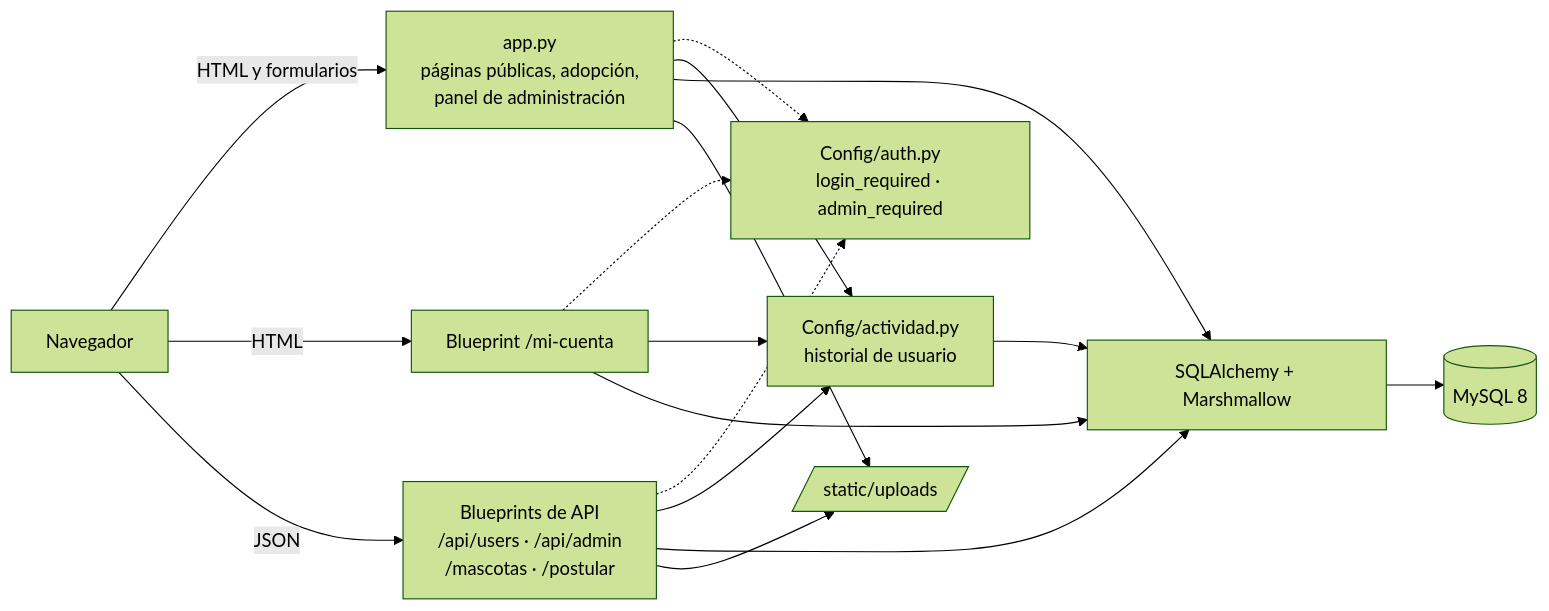
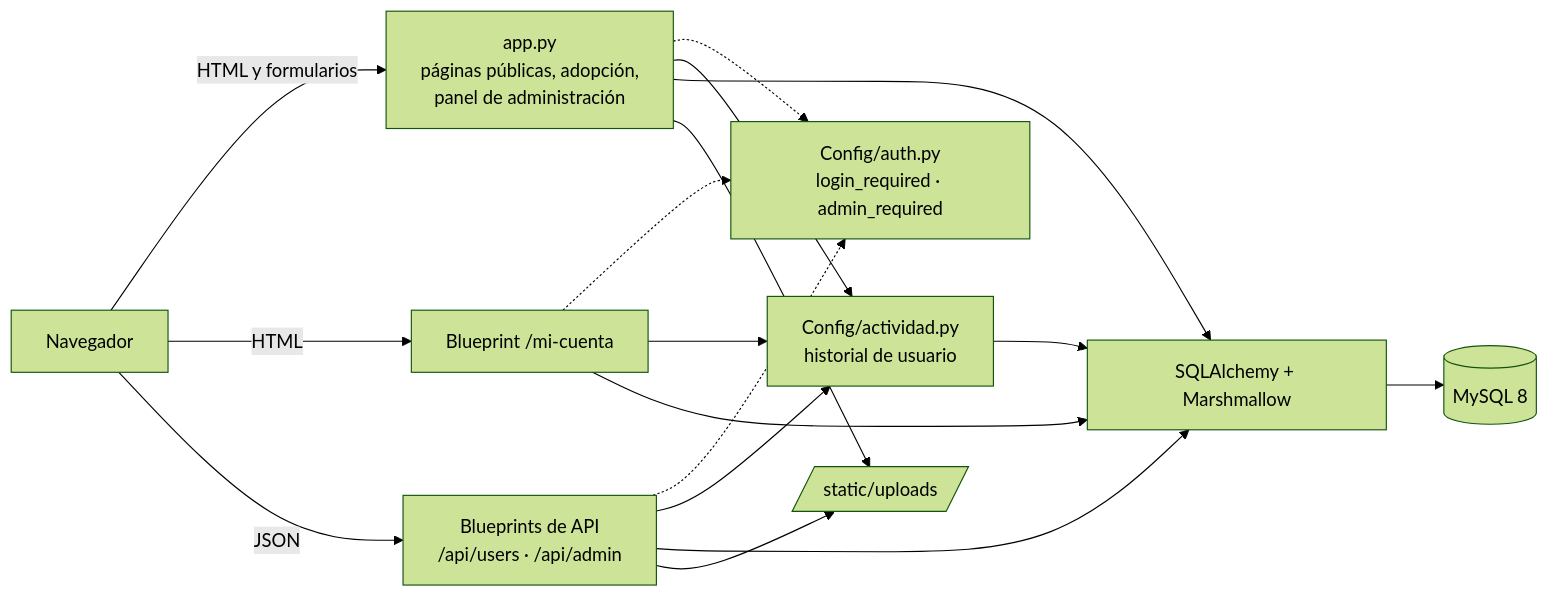
The first of 2 diagrams in README.md (IngGMunoz/Adopt-Me-Now), drawn with Mermaid (forest theme) before and after one commit. The commit also changed other lines of this file and 14 other files, not shown here.

````diff
--- a/README.md
+++ b/README.md
@@ -83,12 +83,12 @@
 ```mermaid
 flowchart LR
     U[Navegador] -->|HTML y formularios| P[app.py<br/>páginas públicas, adopción,<br/>panel de administración]
     U -->|HTML| C[Blueprint /mi-cuenta]
-    U -->|JSON| A[Blueprints de API<br/>/api/users · /api/admin<br/>/mascotas · /postular]
+    U -->|JSON| A[Blueprints de API<br/>/api/users · /api/admin]
     P & C & A -.-> AUTH[Config/auth.py<br/>login_required · admin_required]
     P & C & A --> ACT[Config/actividad.py<br/>historial de usuario]
     P & C & A --> ORM[SQLAlchemy + Marshmallow]
     ACT --> ORM
     ORM --> DB[(MySQL 8)]
     P & A --> UP[/static/uploads/]
 ```
````
